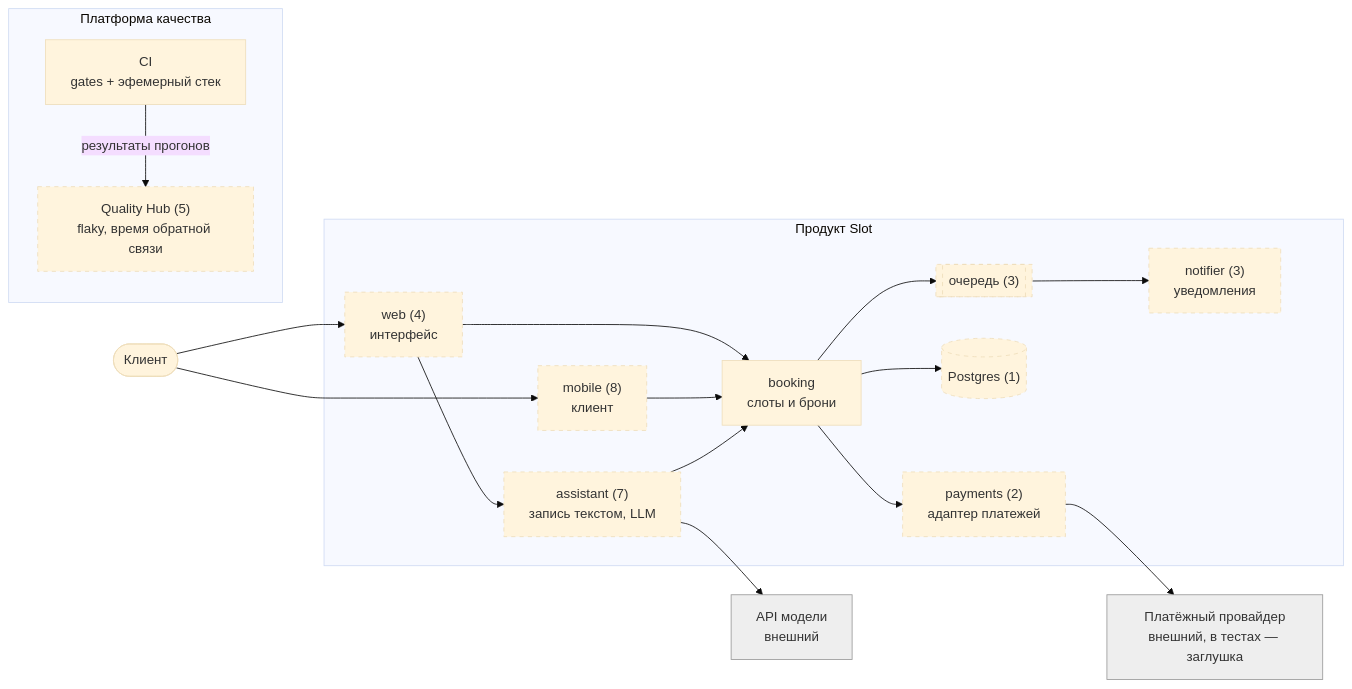
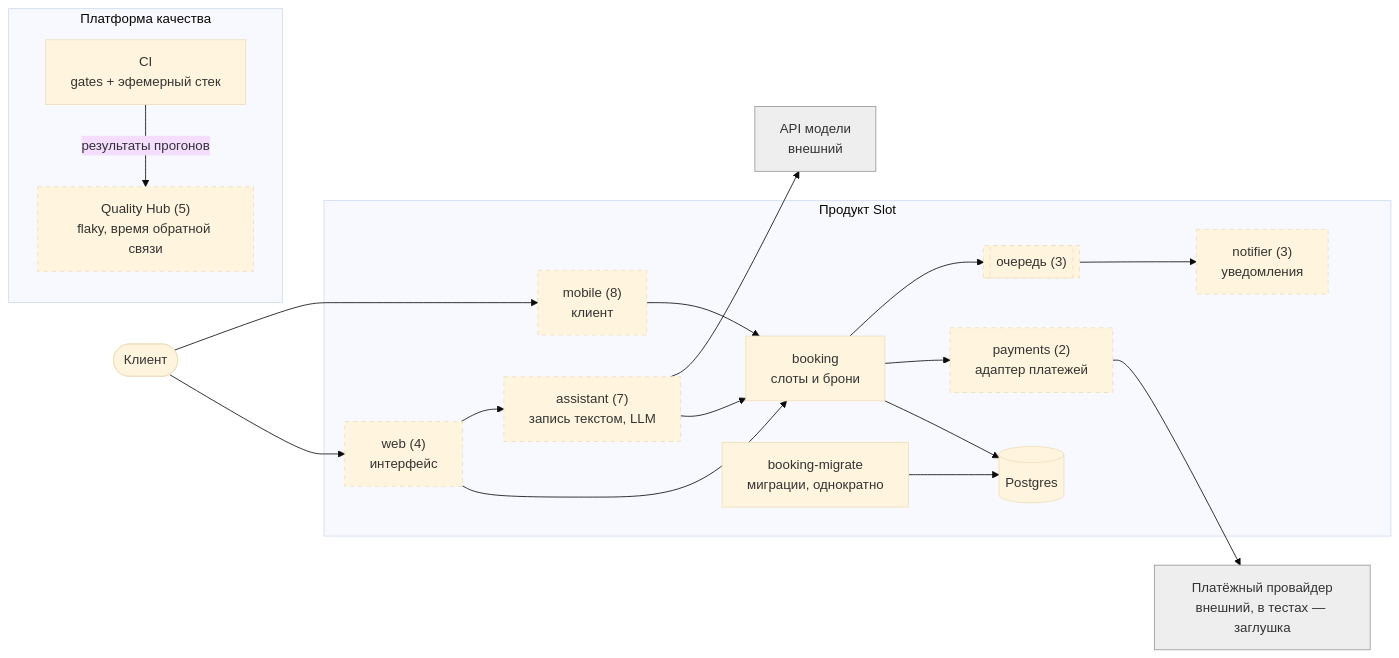
The diagram in docs/architecture.md (RuslanSR-dev/slot), drawn with Mermaid (base theme) before and after one commit. The commit also changed other lines of this file and 30 other files, not shown here.

First line of the commit message:
Iteration 1: booking core on Postgres, double-booking race closed

````diff
--- a/docs/architecture.md
+++ b/docs/architecture.md
@@ -9,37 +9,39 @@
 ```mermaid
 flowchart LR
     client([Клиент])
 
     subgraph product[Продукт Slot]
         web["web (4)<br/>интерфейс"]:::planned
         mobile["mobile (8)<br/>клиент"]:::planned
         booking["booking<br/>слоты и брони"]
         payments["payments (2)<br/>адаптер платежей"]:::planned
         notifier["notifier (3)<br/>уведомления"]:::planned
         assistant["assistant (7)<br/>запись текстом, LLM"]:::planned
-        db[("Postgres (1)")]:::planned
+        migrate["booking-migrate<br/>миграции, однократно"]
+        db[("Postgres")]
         queue[["очередь (3)"]]:::planned
     end
 
     provider["Платёжный провайдер<br/>внешний, в тестах — заглушка"]:::external
     llm["API модели<br/>внешний"]:::external
 
     subgraph platform[Платформа качества]
         ci["CI<br/>gates + эфемерный стек"]
         hub["Quality Hub (5)<br/>flaky, время обратной связи"]:::planned
     end
 
     client --> web & mobile
     web & mobile --> booking
     web --> assistant
     assistant --> booking
     assistant --> llm
     booking --> db
+    migrate --> db
     booking --> payments
     payments --> provider
     booking --> queue --> notifier
     ci -- результаты прогонов --> hub
 
     classDef planned stroke-dasharray: 5 5
     classDef external fill:#eee,stroke:#999,color:#333
 ```
````
